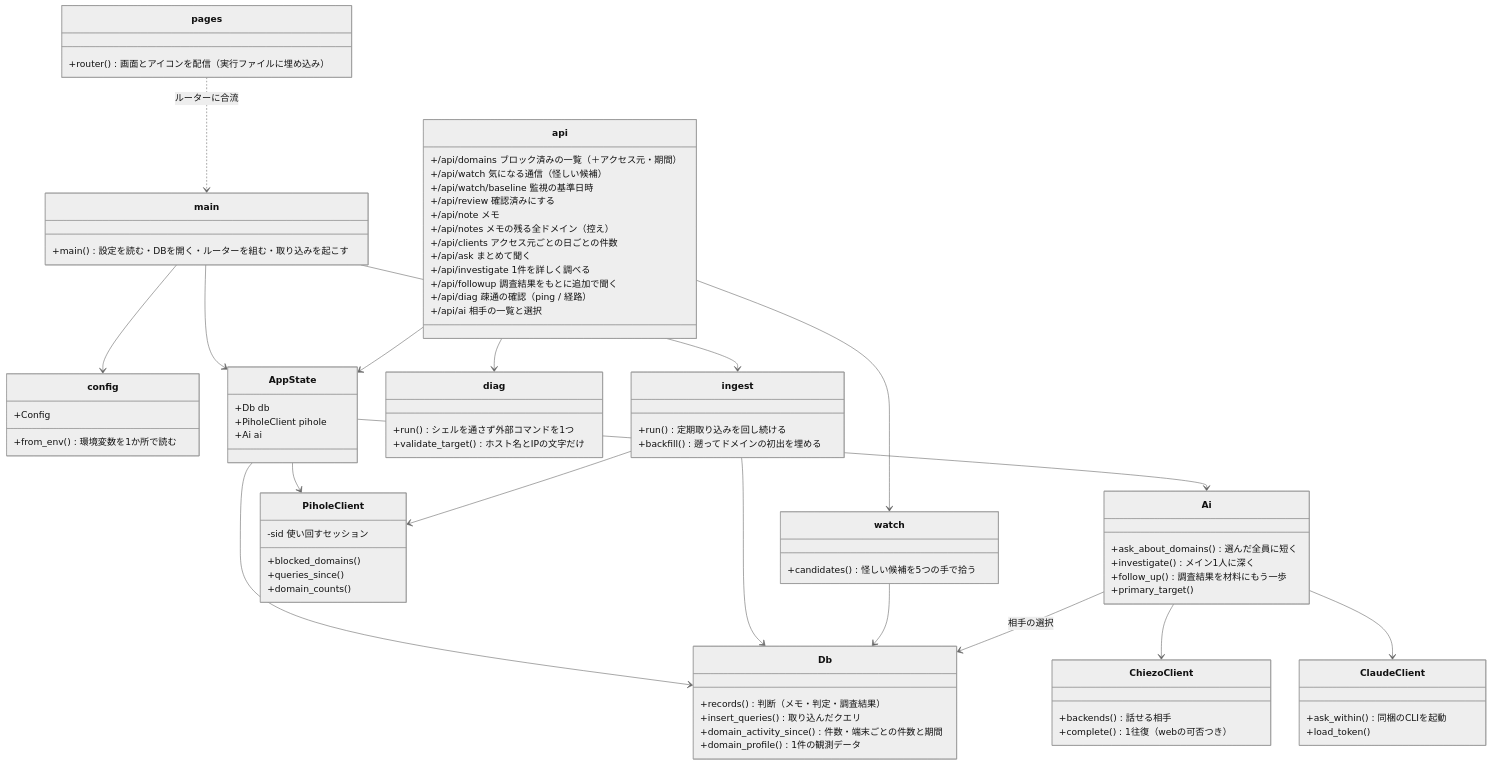
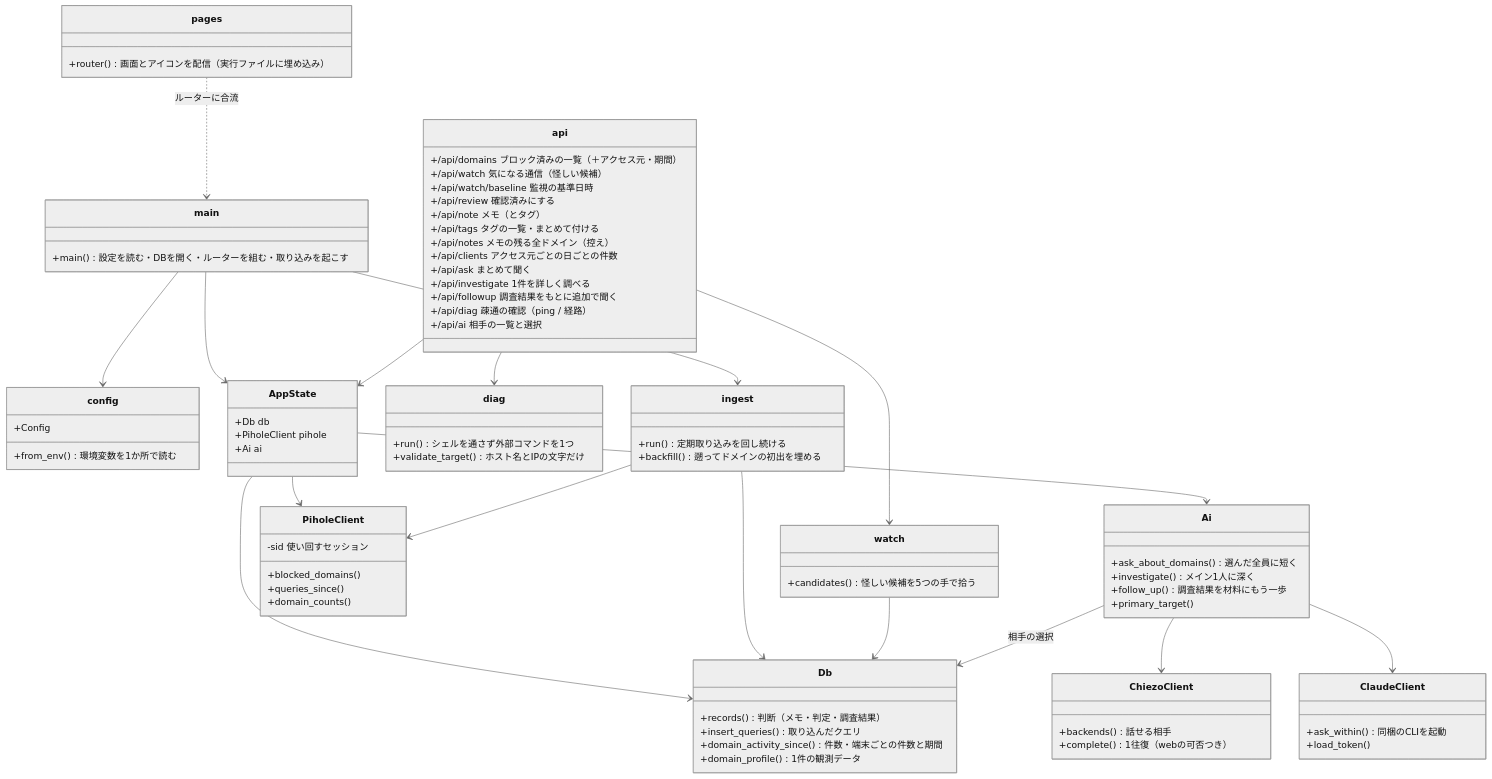
The first of 6 diagrams in docs/architecture.md (rtcode337/pihole-monitor), drawn with Mermaid (neutral theme) before and after one commit. The commit also changed other lines of this file and 9 other files, not shown here.

```diff
--- a/docs/architecture.md
+++ b/docs/architecture.md
@@ -27,7 +27,8 @@
         +/api/watch 気になる通信（怪しい候補）
         +/api/watch/baseline 監視の基準日時
         +/api/review 確認済みにする
-        +/api/note メモ
+        +/api/note メモ（とタグ）
+        +/api/tags タグの一覧・まとめて付ける
         +/api/notes メモの残る全ドメイン（控え）
         +/api/clients アクセス元ごとの日ごとの件数
         +/api/ask まとめて聞く
```
